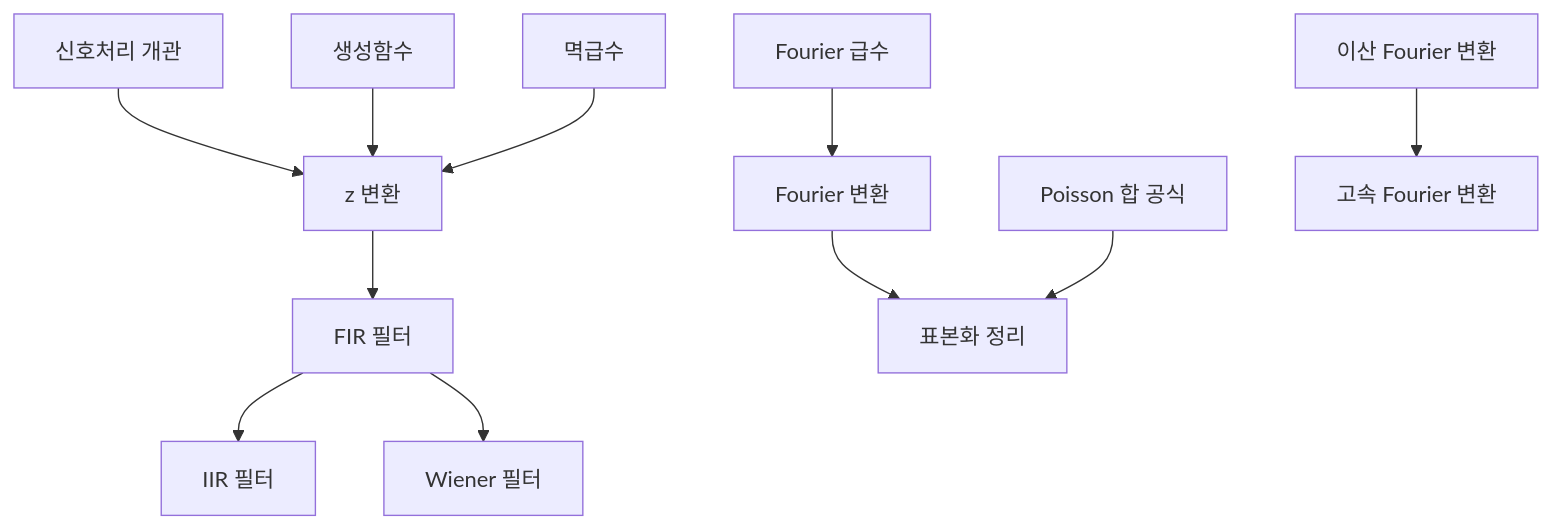
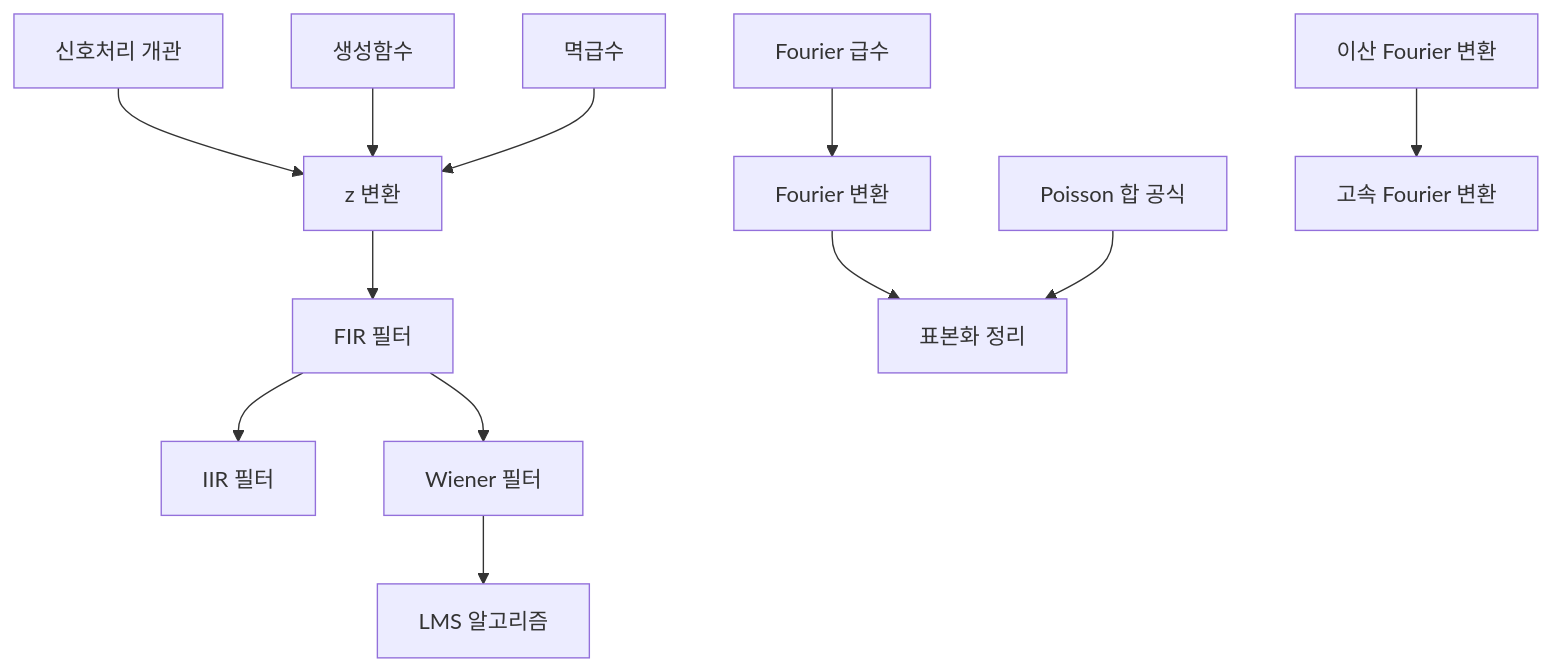
One commit to Phryxia/math-map changed the diagram in docs/signal-processing-overview.md. Above: the diagram before and after it, drawn with Mermaid. The commit also changed other lines of this file and 4 other files, not shown here.

````diff
--- a/docs/signal-processing-overview.md
+++ b/docs/signal-processing-overview.md
@@ -11,13 +11,14 @@
 ```mermaid
 graph TD
   SPO["신호처리 개관"] --> ZT["z 변환"]
   GF["생성함수"] --> ZT
   PS["멱급수"] --> ZT
   ZT --> FIR["FIR 필터"]
   FIR --> IIR["IIR 필터"]
   FIR --> WF["Wiener 필터"]
+  WF --> LMS["LMS 알고리즘"]
   FS["Fourier 급수"] --> FT["Fourier 변환"]
   FT --> ST["표본화 정리"]
   PSF["Poisson 합 공식"] --> ST
   DFT["이산 Fourier 변환"] --> FFT["고속 Fourier 변환"]
 ```
````
